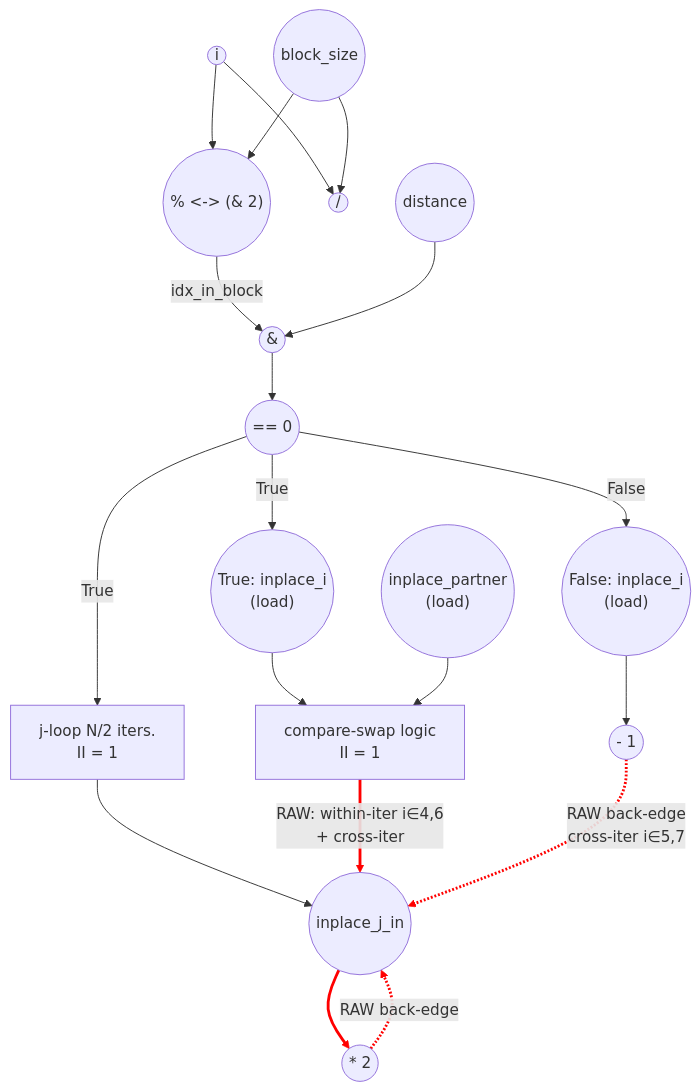
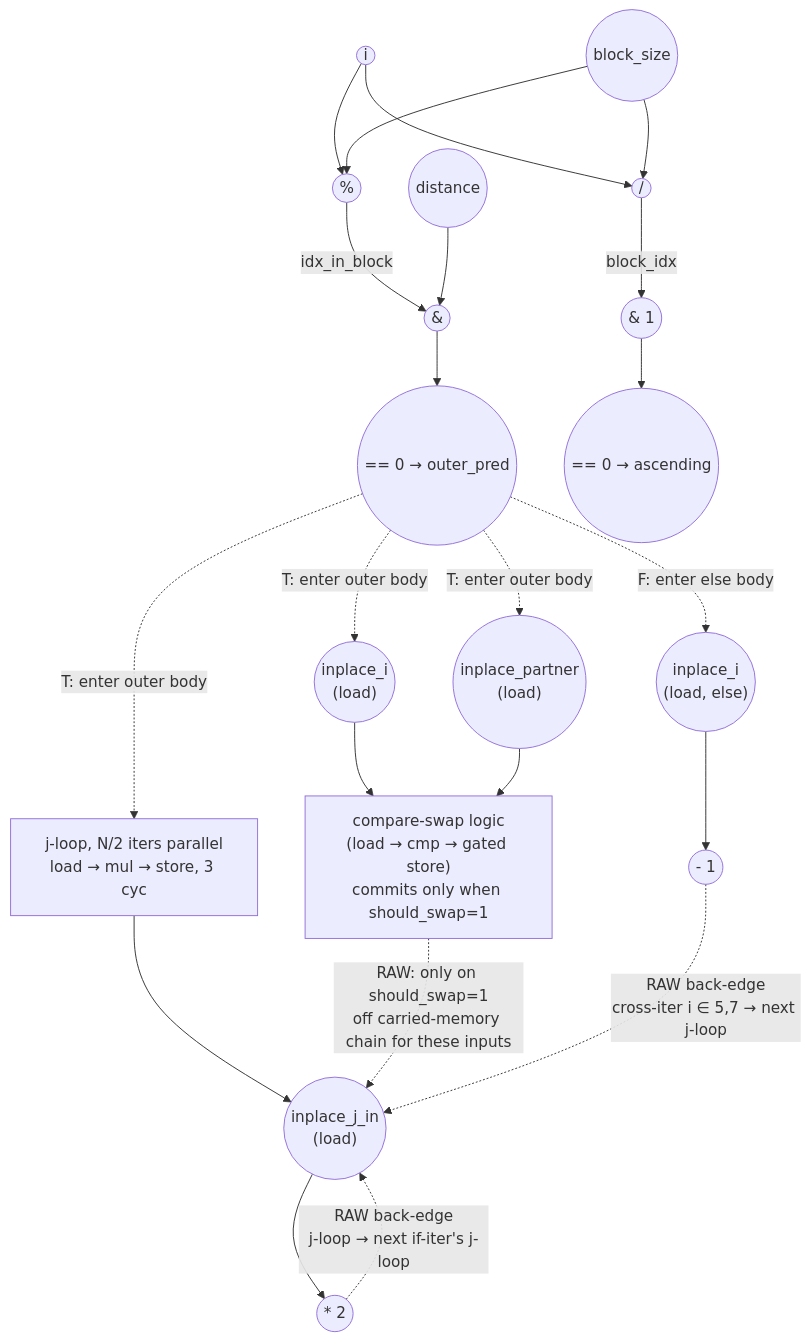
One commit to PolyArch/loom changed the diagram in tests/app/bitonic_stage-modified/bitonic_stage-modified_eval.md. Above: the diagram before and after it, drawn with Mermaid. The commit also changed other lines of this file and 2 other files, not shown here.

````diff
--- a/tests/app/bitonic_stage-modified/bitonic_stage-modified_eval.md
+++ b/tests/app/bitonic_stage-modified/bitonic_stage-modified_eval.md
@@ -156,63 +168,69 @@
 ```mermaid
 graph TD
-    %% Shared predicate inputs
-    i(("i"))
-    block_size(("block_size"))
-    distance(("distance"))
+  %% Shared predicate inputs
+  i(("i"))
+  block_size(("block_size"))
+  distance(("distance"))
 
-    %% Predicate ops
-    div((" / "))
-    mod((" % <-> (& 2) "))
-    band_pred((" & "))
-    cmp_pred((" == 0 "))
+  %% Predicate ops (unconditional)
+  div((" / "))
+  mod((" % "))
+  band_pred((" & "))
+  cmp_pred((" == 0 → outer_pred "))
+  band_asc((" & 1 "))
+  cmp_asc((" == 0 → ascending "))
 
-    %% Compare-swap inputs (baseline path)
-    inplace_i(("True: inplace_i<br>(load)"))
-    inplace_i_f(("False: inplace_i<br>(load)"))
-    inplace_p(("inplace_partner<br>(load)"))
-    swap["compare-swap logic<br>II = 1"]
-    jloop["j-loop N/2 iters.<br>II = 1"]
+  %% Compare-swap inputs (baseline path, inside partner<N body)
+  inplace_i(("inplace_i<br>(load)"))
+  inplace_p(("inplace_partner<br>(load)"))
+  swap["compare-swap logic<br>(load → cmp → gated store)<br>commits only when should_swap=1"]
 
-    %% Modification inputs/ops
-    inplace_j_in(("inplace_j_in"))
-    mul((" * 2 "))
-    sub((" - 1 "))
+  %% j-loop body (inside outer body)
+  jloop["j-loop, N/2 iters parallel<br>load → mul → store, 3 cyc"]
+  inplace_j_in(("inplace_j_in<br>(load)"))
+  mul((" * 2 "))
 
-    %% Predicate dataflow
-    i --> div
-    i --> mod
-    block_size --> div
-    block_size --> mod
-    mod -->|idx_in_block| band_pred
-    distance --> band_pred
-    band_pred --> cmp_pred
+  %% Else body (gated by ¬outer_pred)
+  inplace_i_else(("inplace_i<br>(load, else)"))
+  sub((" - 1 "))
 
-    %% If-branch: baseline compare-swap (collapsed)
-    cmp_pred -->|True| inplace_i
-    inplace_i --> swap
-    inplace_p --> swap
+  %% Predicate dataflow
+  i --> div
+  i --> mod
+  block_size --> div
+  block_size --> mod
+  div -->|block_idx| band_asc
+  band_asc --> cmp_asc
+  mod -->|idx_in_block| band_pred
+  distance --> band_pred
+  band_pred --> cmp_pred
 
-    %% If-branch: nested j-loop multiplies inplace[N/2..N-1] by 2
-    cmp_pred -->|True| jloop
-    jloop --> inplace_j_in
+  %% Strict gate: outer body waits for outer_pred=T
+  cmp_pred -. T: enter outer body .-> inplace_i
+  cmp_pred -. T: enter outer body .-> inplace_p
+  cmp_pred -. T: enter outer body .-> jloop
 
-    %% Cross-iter loop-carried back-edge through inplace[N/2..N-1] (j-loop → j-loop)
-    inplace_j_in --> mul
-    mul -.->|RAW back-edge| inplace_j_in
+  %% Compare-swap (inside partner<N body, inside outer body)
+  inplace_i --> swap
+  inplace_p --> swap
 
-    %% Compare-swap → j-loop read set:
-    %%   within-iter for i ∈ {4,6} (compare-swap writes inplace[4,5] / inplace[6,7], j-loop then reads inplace[N/2..N-1])
-    %%   cross-iter for those same stores feeding later if-iters' j-loops
-    swap -->|RAW: within-iter i∈4,6<br>+ cross-iter| inplace_j_in
+  %% j-loop body
+  jloop --> inplace_j_in
+  inplace_j_in --> mul
+  mul -.->|RAW back-edge<br>j-loop → next if-iter's j-loop| inplace_j_in
 
-    %% Else-branch: decrement inplace[i] (no else→else carry; load → sub → store is straight-line)
-    cmp_pred -->|False| inplace_i_f
-    inplace_i_f --> sub
+  %% Compare-swap → j-loop read set (within-iter for i∈{4,6} compare-swap, plus cross-iter)
+  %% — but only fires when should_swap=1. For test inputs, i∈{0,2} commit and touch inplace[0..3],
+  %% which the j-loop's inplace[N/2..N-1] reads don't intersect. So no critical-path edge.
+  swap -.->|RAW: only on should_swap=1<br>off carried-memory chain for these inputs| inplace_j_in
 
-    %% Cross-iter: else stores at i ∈ {5,7} feed later if-iters' j-loop reads of inplace[5] / inplace[7]
-    sub -.->|RAW back-edge<br>cross-iter i∈5,7| inplace_j_in
+  %% Strict gate: else body waits for ¬outer_pred
+  cmp_pred -. F: enter else body .-> inplace_i_else
+  inplace_i_else --> sub
 
-    %% Critical Path: memory chain through inplace[N/2..N-1]
-    %%   j-loop body (12) + j-loop RAW (13) + compare-swap → j-loop (14) + else → j-loop (17)
-    linkStyle 12,13,14,17 stroke:#ff0000,stroke-width:3px;
+  %% Cross-iter: else stores at i ∈ {5,7} feed later if-iters' j-loop reads
+  sub -.->|RAW back-edge<br>cross-iter i ∈ 5,7 → next j-loop| inplace_j_in
+
+  %% Critical path: outer_pred gate → j-loop body → j-loop RAW (×3) → else → j-loop RAW
+  %% linkStyle 13,14,15,16,18,21,23 stroke:#ff0000,stroke-width:3px;
 ```
````
